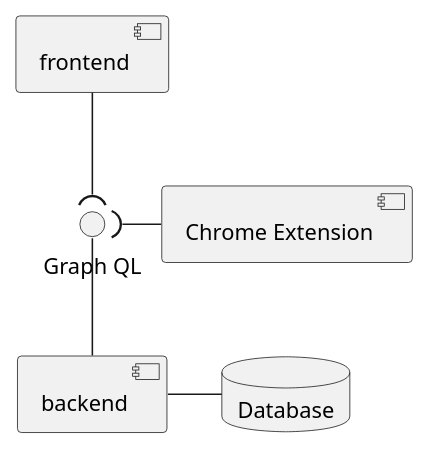
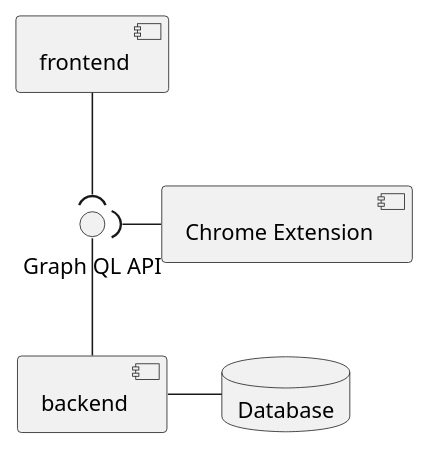
One commit to pierremellet/TrackerDetector changed the diagram in docs/architecture.puml. Above: the diagram before and after it, drawn with PlantUML. The commit also changed 2 other files, not shown here.

```diff
--- a/docs/architecture.puml
+++ b/docs/architecture.puml
@@ -1,9 +1,9 @@
 @startuml
-interface gql as "Graph QL"
+interface gql as "Graph QL API"
 database db as "Database"
 
 [backend] -up- gql
 [frontend] -down-( gql
 [Chrome Extension] -left-( gql
 [backend] - db
 @enduml
```
